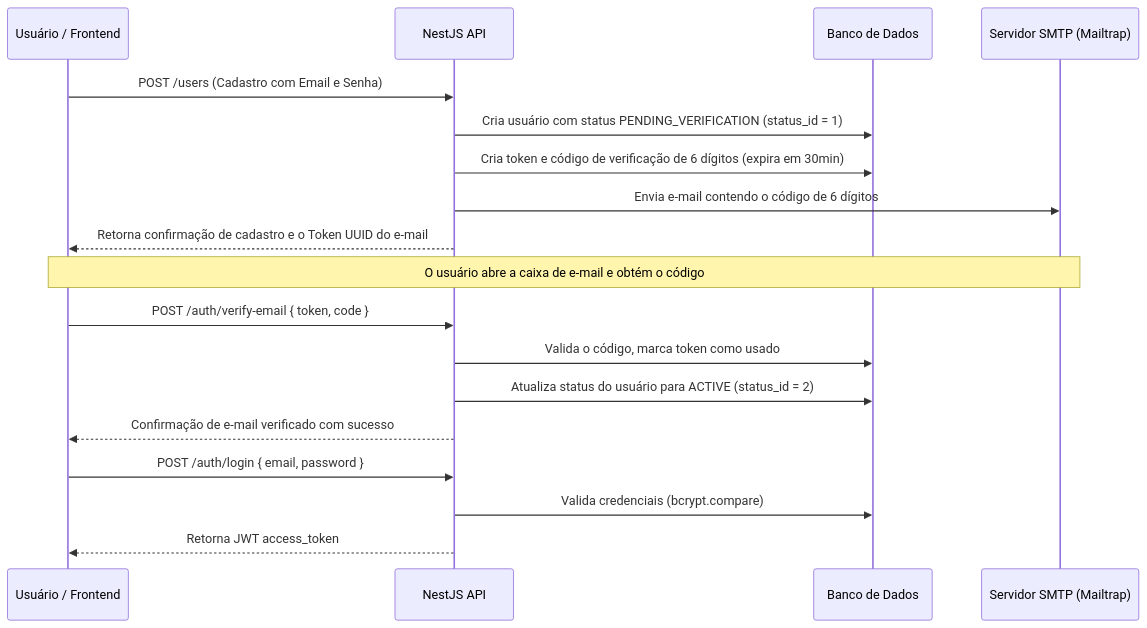
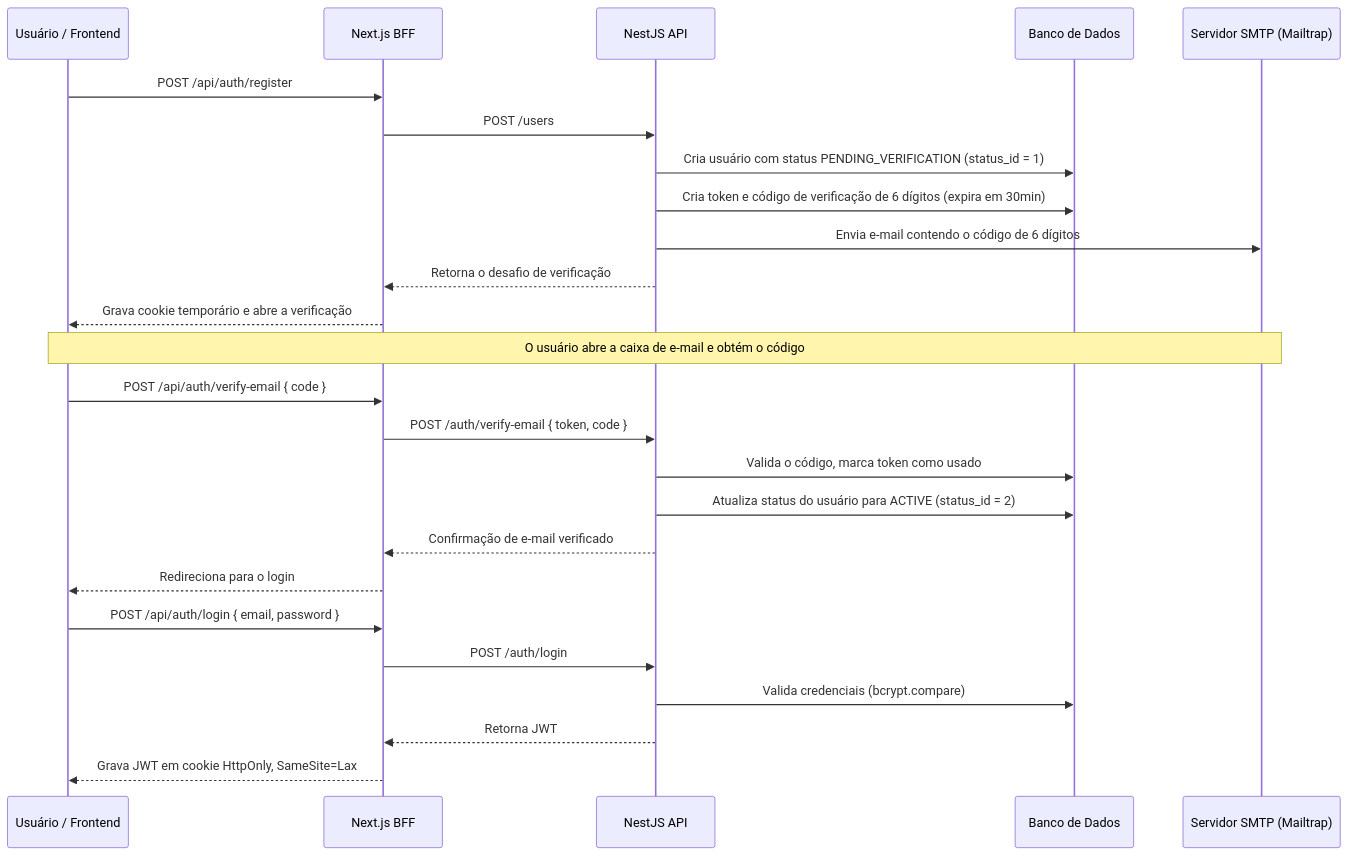
Before and after one commit to jumaelmartins/portifolio_manager: the diagram in DOCUMENTATION.md, drawn with Mermaid. The commit also changed other lines of this file and 13 other files, not shown here.

````diff
--- a/DOCUMENTATION.md
+++ b/DOCUMENTATION.md
@@ -66,24 +80,31 @@
 ```mermaid
 sequenceDiagram
     participant User as Usuário / Frontend
+    participant BFF as Next.js BFF
     participant API as NestJS API
     participant DB as Banco de Dados
     participant Mail as Servidor SMTP (Mailtrap)
 
-    User->>API: POST /users (Cadastro com Email e Senha)
+    User->>BFF: POST /api/auth/register
+    BFF->>API: POST /users
     API->>DB: Cria usuário com status PENDING_VERIFICATION (status_id = 1)
     API->>DB: Cria token e código de verificação de 6 dígitos (expira em 30min)
     API->>Mail: Envia e-mail contendo o código de 6 dígitos
-    API-->>User: Retorna confirmação de cadastro e o Token UUID do e-mail
+    API-->>BFF: Retorna o desafio de verificação
+    BFF-->>User: Grava cookie temporário e abre a verificação
     
     Note over User, Mail: O usuário abre a caixa de e-mail e obtém o código
 
-    User->>API: POST /auth/verify-email { token, code }
+    User->>BFF: POST /api/auth/verify-email { code }
+    BFF->>API: POST /auth/verify-email { token, code }
     API->>DB: Valida o código, marca token como usado
     API->>DB: Atualiza status do usuário para ACTIVE (status_id = 2)
-    API-->>User: Confirmação de e-mail verificado com sucesso
+    API-->>BFF: Confirmação de e-mail verificado
+    BFF-->>User: Redireciona para o login
 
-    User->>API: POST /auth/login { email, password }
+    User->>BFF: POST /api/auth/login { email, password }
+    BFF->>API: POST /auth/login
     API->>DB: Valida credenciais (bcrypt.compare)
-    API-->>User: Retorna JWT access_token
+    API-->>BFF: Retorna JWT
+    BFF-->>User: Grava JWT em cookie HttpOnly, SameSite=Lax
 ```
````
